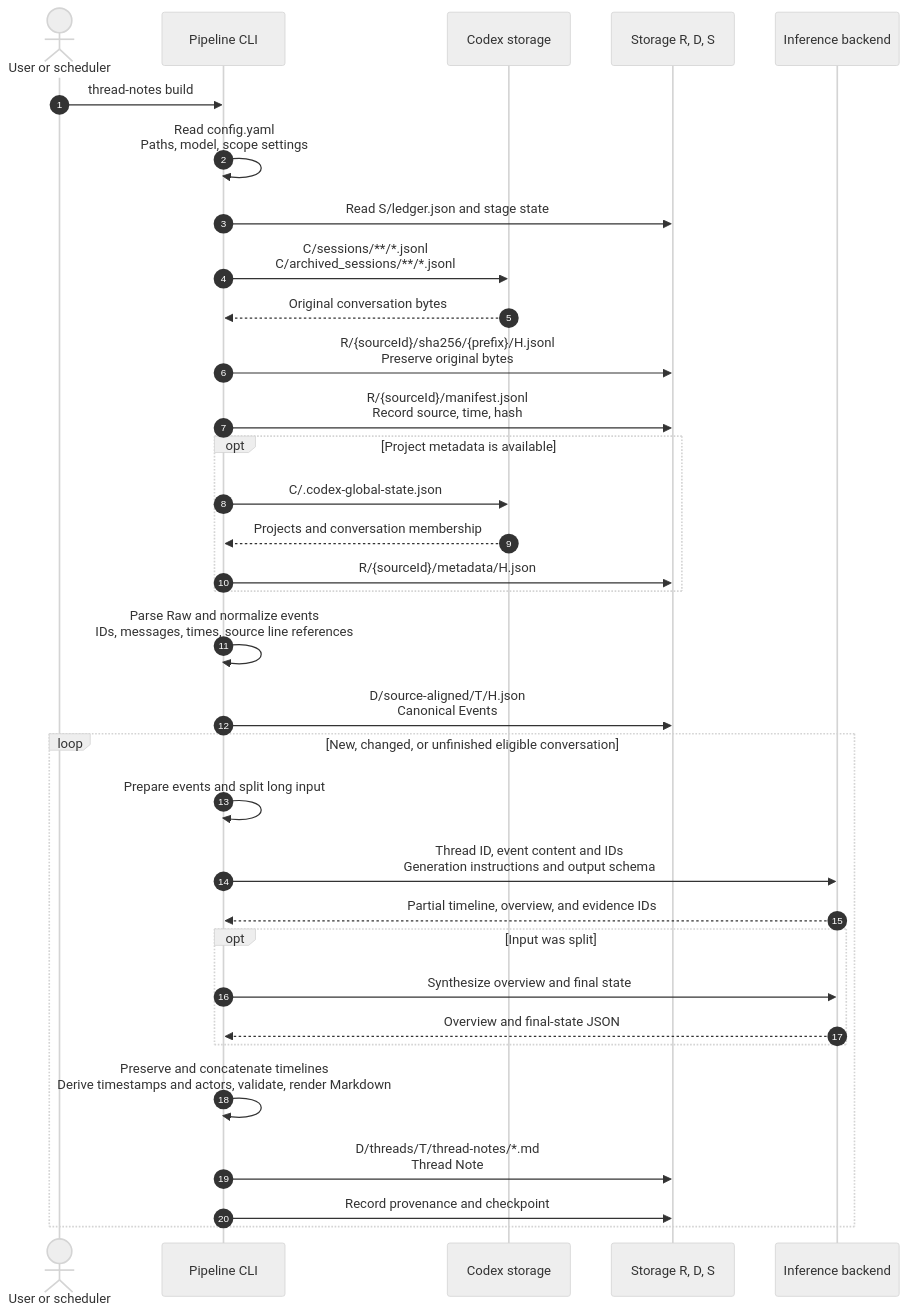
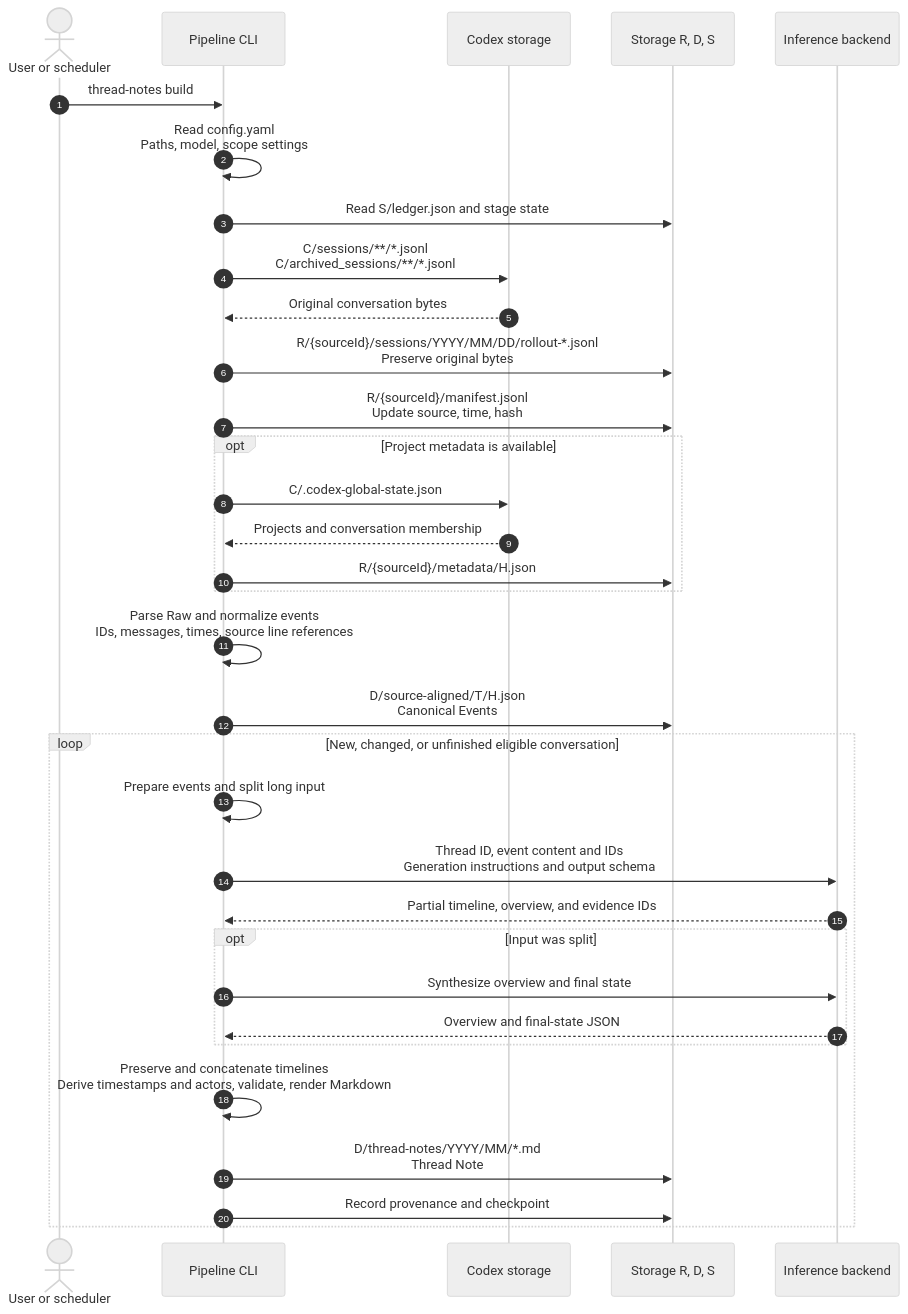
Before and after one commit to tuckn/tkn_codex_chat_note_pipeline: the second of 5 diagrams in README.md, drawn with Mermaid (neutral theme). The commit also changed other lines of this file and 9 other files, not shown here.

````diff
--- a/README.md
+++ b/README.md
@@ -400,40 +462,40 @@
 ```mermaid
 sequenceDiagram
     autonumber
     actor U as User or scheduler
     participant P as Pipeline CLI
     participant C as Codex storage
     participant F as Storage R, D, S
     participant AI as Inference backend
 
     U->>P: thread-notes build
     P->>P: Read config.yaml<br/>Paths, model, scope settings
     P->>F: Read S/ledger.json and stage state
 
     P->>C: C/sessions/**/*.jsonl<br/>C/archived_sessions/**/*.jsonl
     C-->>P: Original conversation bytes
-    P->>F: R/{sourceId}/sha256/{prefix}/H.jsonl<br/>Preserve original bytes
-    P->>F: R/{sourceId}/manifest.jsonl<br/>Record source, time, hash
+    P->>F: R/{sourceId}/sessions/YYYY/MM/DD/rollout-*.jsonl<br/>Preserve original bytes
+    P->>F: R/{sourceId}/manifest.jsonl<br/>Update source, time, hash
 
     opt Project metadata is available
         P->>C: C/.codex-global-state.json
         C-->>P: Projects and conversation membership
         P->>F: R/{sourceId}/metadata/H.json
     end
 
     P->>P: Parse Raw and normalize events<br/>IDs, messages, times, source line references
     P->>F: D/source-aligned/T/H.json<br/>Canonical Events
 
     loop New, changed, or unfinished eligible conversation
         P->>P: Prepare events and split long input
         P->>AI: Thread ID, event content and IDs<br/>Generation instructions and output schema
         AI-->>P: Partial timeline, overview, and evidence IDs
         opt Input was split
             P->>AI: Synthesize overview and final state
             AI-->>P: Overview and final-state JSON
         end
         P->>P: Preserve and concatenate timelines<br/>Derive timestamps and actors, validate, render Markdown
-        P->>F: D/threads/T/thread-notes/*.md<br/>Thread Note
+        P->>F: D/thread-notes/YYYY/MM/*.md<br/>Thread Note
         P->>F: Record provenance and checkpoint
     end
 ```
````
